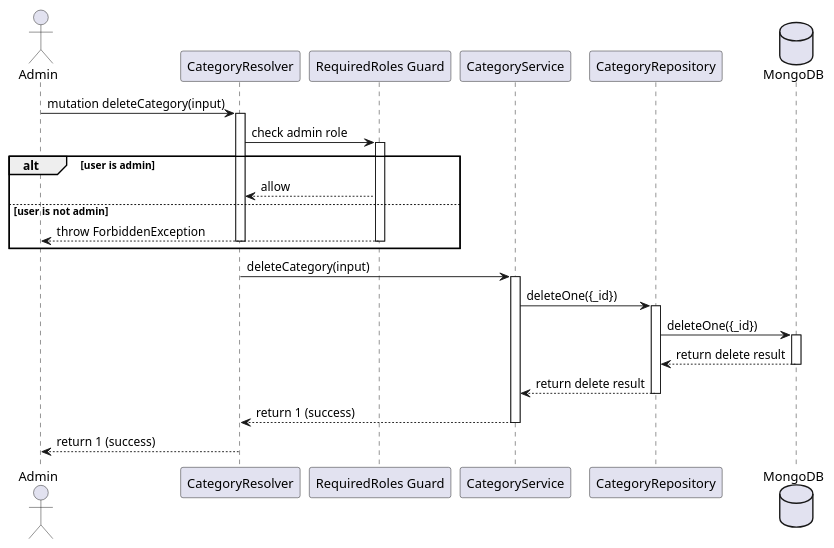
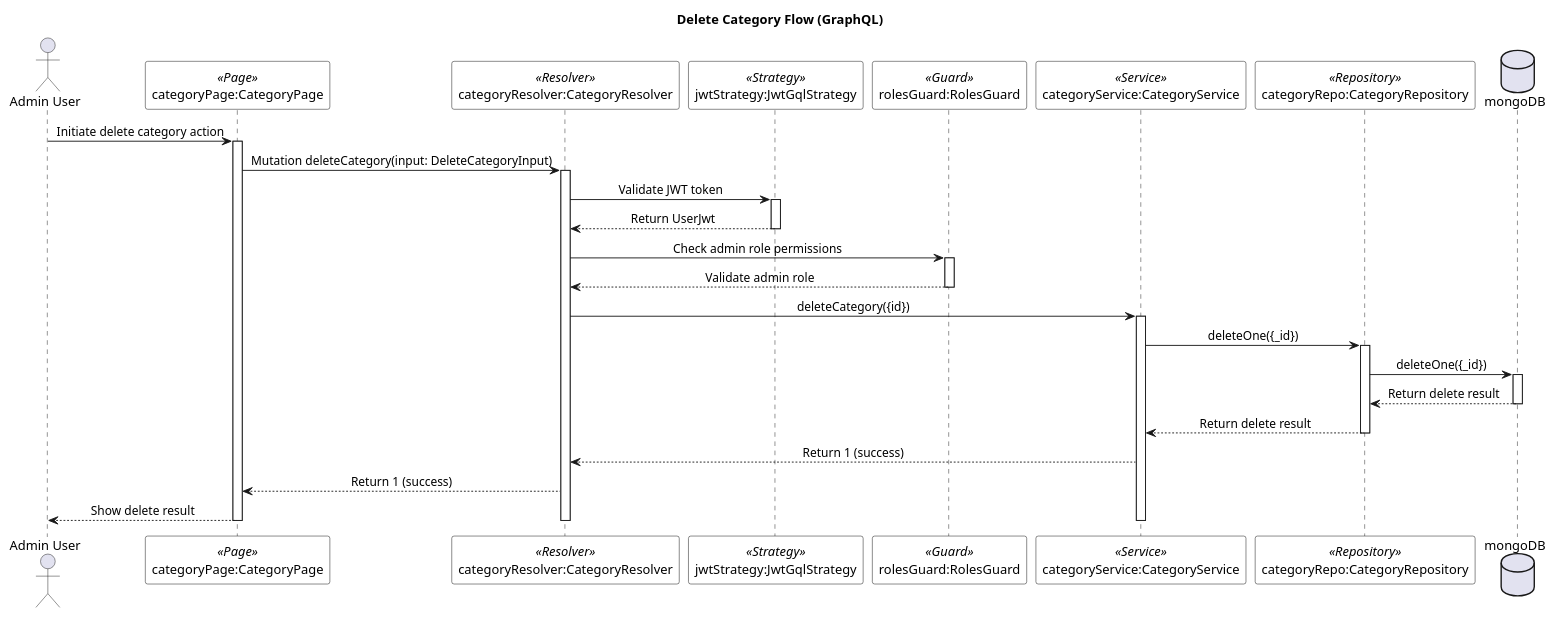
One commit to lehuygiang28/vphim changed the diagram in documents/diagram/sequences/categories/category_delete_category.puml. Above: the diagram before and after it, drawn with PlantUML. The commit also changed 4 other files, not shown here.

First line of the commit message:
refactor(diagrams/sequences/categories): 🛠️ update category management flow diagrams

```diff
--- a/documents/diagram/sequences/categories/category_delete_category.puml
+++ b/documents/diagram/sequences/categories/category_delete_category.puml
@@ -1,41 +1,58 @@
-@startuml Category - Delete Category
+@startuml Delete Category Flow
 
-actor "Admin" as Client
-participant "CategoryResolver" as Resolver
-participant "RequiredRoles Guard" as Guard
-participant "CategoryService" as Service
-participant "CategoryRepository" as Repo
-database "MongoDB" as DB
+skinparam SequenceMessageAlignment center
+skinparam SequenceBoxBackgroundColor white
+skinparam SequenceBoxBorderColor black
+skinparam NoteBackgroundColor lightyellow
+skinparam NoteBorderColor black
+skinparam ParticipantBackgroundColor white
+skinparam ParticipantBorderColor black
 
-Client -> Resolver: mutation deleteCategory(input)
-activate Resolver
+title Delete Category Flow (GraphQL)
 
-Resolver -> Guard: check admin role
-activate Guard
-alt user is admin
-    Guard --> Resolver: allow
-else user is not admin
-    Guard --> Client: throw ForbiddenException
-    deactivate Resolver
-    deactivate Guard
-end
-deactivate Guard
+actor "Admin User" as adminUser
+participant "categoryPage:CategoryPage" as categoryPage <<Page>>
+participant "categoryResolver:CategoryResolver" as categoryResolver <<Resolver>>
+participant "jwtStrategy:JwtGqlStrategy" as jwtStrategy <<Strategy>>
+participant "rolesGuard:RolesGuard" as rolesGuard <<Guard>>
+participant "categoryService:CategoryService" as categoryService <<Service>>
+participant "categoryRepo:CategoryRepository" as categoryRepo <<Repository>>
+database "mongoDB" as mongoDB
 
-Resolver -> Service: deleteCategory(input)
-activate Service
+adminUser -> categoryPage : Initiate delete category action
+activate categoryPage
 
-Service -> Repo: deleteOne({_id})
-activate Repo
-Repo -> DB: deleteOne({_id})
-activate DB
-DB --> Repo: return delete result
-deactivate DB
-Repo --> Service: return delete result
-deactivate Repo
+categoryPage -> categoryResolver : Mutation deleteCategory(input: DeleteCategoryInput)
+activate categoryResolver
 
-Service --> Resolver: return 1 (success)
-deactivate Service
-Resolver --> Client: return 1 (success)
-deactivate Resolver
+categoryResolver -> jwtStrategy : Validate JWT token
+activate jwtStrategy
+jwtStrategy --> categoryResolver : Return UserJwt
+deactivate jwtStrategy
 
-@enduml 
+categoryResolver -> rolesGuard : Check admin role permissions
+activate rolesGuard
+rolesGuard --> categoryResolver : Validate admin role
+deactivate rolesGuard
+
+categoryResolver -> categoryService : deleteCategory({id})
+activate categoryService
+
+categoryService -> categoryRepo : deleteOne({_id})
+activate categoryRepo
+categoryRepo -> mongoDB : deleteOne({_id})
+activate mongoDB
+mongoDB --> categoryRepo : Return delete result
+deactivate mongoDB
+categoryRepo --> categoryService : Return delete result
+deactivate categoryRepo
+
+categoryService --> categoryResolver : Return 1 (success)
+categoryResolver --> categoryPage : Return 1 (success)
+categoryPage --> adminUser : Show delete result
+
+deactivate categoryService
+deactivate categoryResolver
+deactivate categoryPage
+
+@enduml
```
